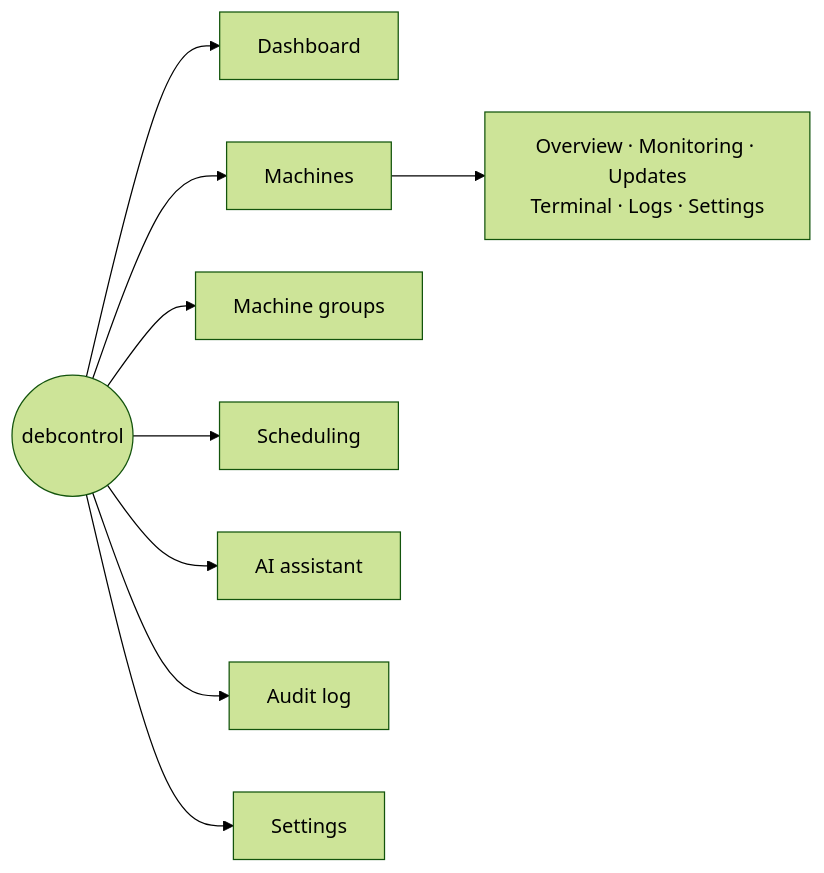
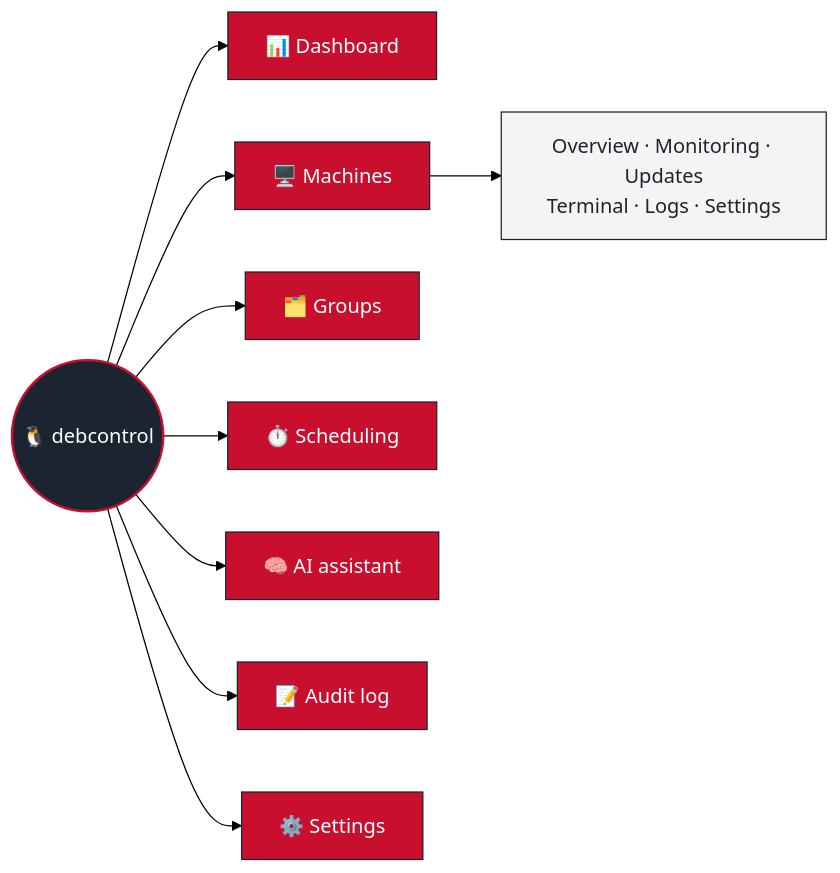
The diagram in wiki/Home.md (sparkycz1/debcontrol), drawn with Mermaid (forest theme) before and after one commit. The commit also changed other lines of this file and 10 other files, not shown here.

````diff
--- a/wiki/Home.md
+++ b/wiki/Home.md
@@ -16,12 +16,19 @@
 ```mermaid
 flowchart LR
-    App(("debcontrol"))
-    App --> Dash["Dashboard"]
-    App --> M["Machines"]
-    App --> G["Machine groups"]
-    App --> Sched["Scheduling"]
-    App --> AI["AI assistant"]
-    App --> Audit["Audit log"]
-    App --> Set["Settings"]
+    App(("🐧 debcontrol"))
+    App --> Dash["📊 Dashboard"]
+    App --> M["🖥️ Machines"]
+    App --> G["🗂️ Groups"]
+    App --> Sched["⏱️ Scheduling"]
+    App --> AI["🧠 AI assistant"]
+    App --> Audit["📝 Audit log"]
+    App --> Set["⚙️ Settings"]
     M --> M1["Overview · Monitoring · Updates<br/>Terminal · Logs · Settings"]
+
+    classDef hub fill:#1b2430,stroke:#c8102e,stroke-width:2px,color:#fff
+    classDef leaf fill:#c8102e,stroke:#1b2430,stroke-width:1px,color:#fff
+    classDef sub fill:#f4f4f4,stroke:#1b2430,color:#1b2430
+    class App hub
+    class Dash,M,G,Sched,AI,Audit,Set leaf
+    class M1 sub
 ```
````
